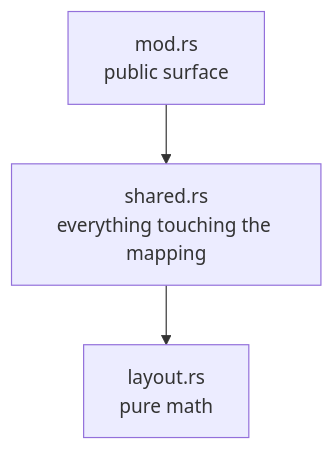
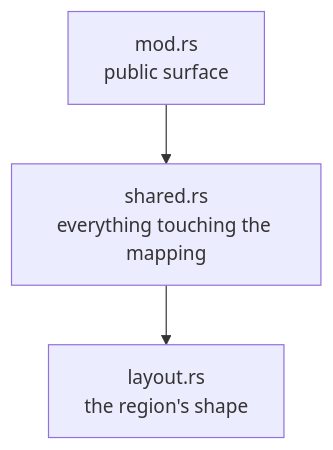
The diagram in crates/fspy_shared/src/ipc/channel/shm_io/README.md (voidzero-dev/vite-task), drawn with Mermaid before and after one commit. The commit also changed other lines of this file and 2 other files, not shown here.

Commit message:
refactor(fspy-shm): derive the header size from the header struct
HEADER_LEN predates the typed header: when layout.rs was offset math
only, there was no struct to measure, so the size was a literal and a
const assert tied the struct to it after the fact. Move the Header
struct into layout.rs — it describes the region's shape, which is that
file's job — and derive HEADER_LEN from size_of. The sizing math now
follows the struct automatically; the one remaining literal is an assert
pinning the header to a single cache line, which is a design intent no
struct can express. CLOSED moves along with it, keeping all the bit
meanings next to the slot codec.

````diff
--- a/crates/fspy_shared/src/ipc/channel/shm_io/README.md
+++ b/crates/fspy_shared/src/ipc/channel/shm_io/README.md
@@ -182,5 +182,5 @@
 ```mermaid
 graph TD
     mod["mod.rs<br>public surface"] --> shared["shared.rs<br>everything touching the mapping"]
-    shared --> layout["layout.rs<br>pure math"]
+    shared --> layout["layout.rs<br>the region's shape"]
 ```
````
